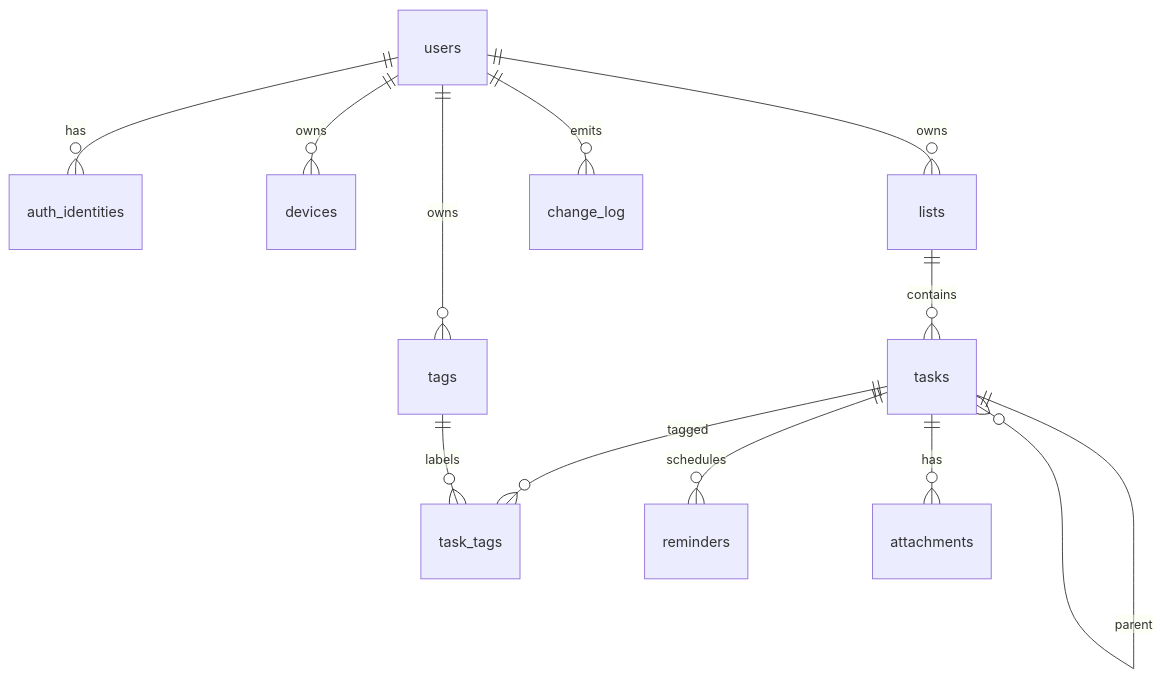
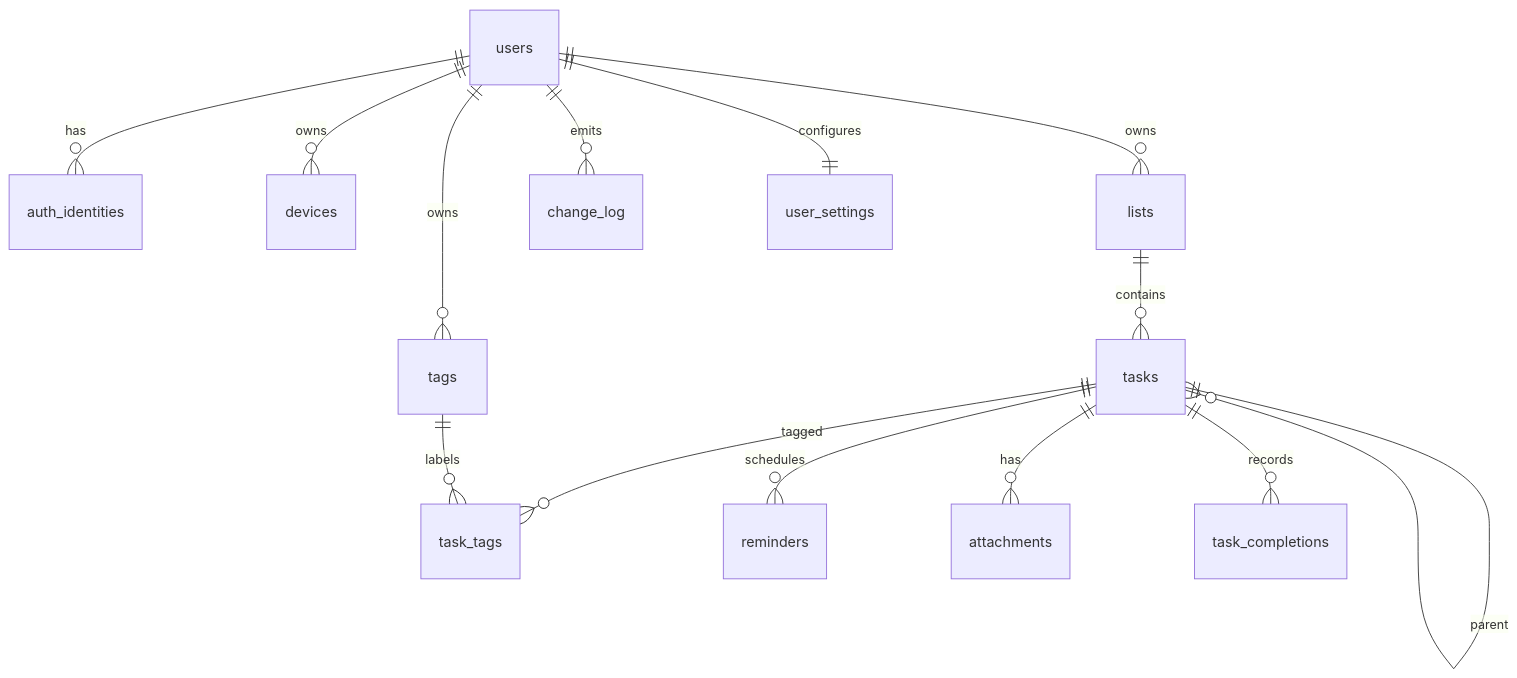
The third of 3 diagrams in docs/todo-app-design.md (c520zl/dsh), drawn with Mermaid before and after one commit. The commit also changed other lines of this file, not shown here.

````diff
--- a/docs/todo-app-design.md
+++ b/docs/todo-app-design.md
@@ -490,14 +497,16 @@
 ```mermaid
 erDiagram
   users ||--o{ auth_identities : has
   users ||--o{ devices : owns
   users ||--o{ lists : owns
   users ||--o{ tags : owns
   lists ||--o{ tasks : contains
   tasks ||--o{ tasks : parent
   tasks ||--o{ task_tags : tagged
   tags ||--o{ task_tags : labels
   tasks ||--o{ reminders : schedules
   tasks ||--o{ attachments : has
   users ||--o{ change_log : emits
+  users ||--|| user_settings : configures
+  tasks ||--o{ task_completions : records
 ```
````
